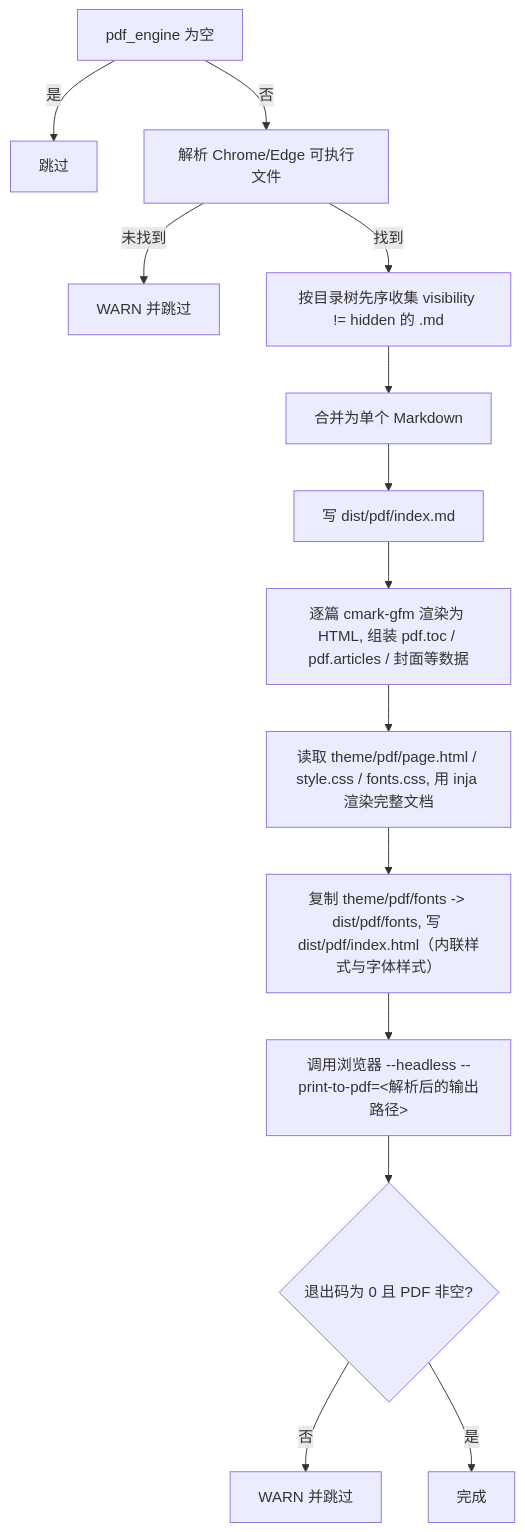
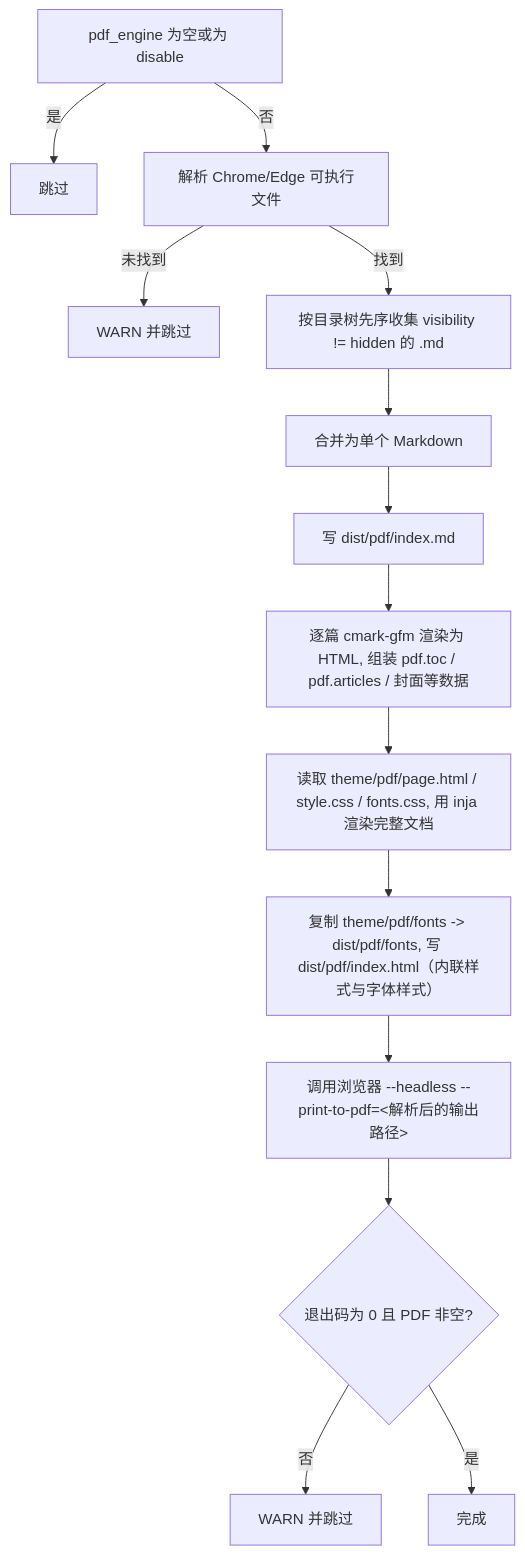
The second of 2 diagrams in docs/prd/06-output.md (o8x/camus), drawn with Mermaid before and after one commit. The commit also changed other lines of this file and 8 other files, not shown here.

Commit message:
feat: flatten render config and add pdf disable option

````diff
--- a/docs/prd/06-output.md
+++ b/docs/prd/06-output.md
@@ -180,16 +180,16 @@
 ```mermaid
 flowchart TD
-    A[pdf_engine 为空] -->|是| Z[跳过]
+    A[pdf_engine 为空或为 disable] -->|是| Z[跳过]
     A -->|否| B[解析 Chrome/Edge 可执行文件]
     B -->|未找到| W[WARN 并跳过]
     B -->|找到| C[按目录树先序收集 visibility != hidden 的 .md]
     C --> D[合并为单个 Markdown]
     D --> E[写 dist/pdf/index.md]
     E --> F[逐篇 cmark-gfm 渲染为 HTML, 组装 pdf.toc / pdf.articles / 封面等数据]
     F --> G[读取 theme/pdf/page.html / style.css / fonts.css, 用 inja 渲染完整文档]
     G --> H[复制 theme/pdf/fonts -> dist/pdf/fonts, 写 dist/pdf/index.html（内联样式与字体样式）]
     H --> I[调用浏览器 --headless --print-to-pdf=<解析后的输出路径>]
     I --> J{退出码为 0 且 PDF 非空?}
     J -->|否| W2[WARN 并跳过]
     J -->|是| K[完成]
 ```
````
